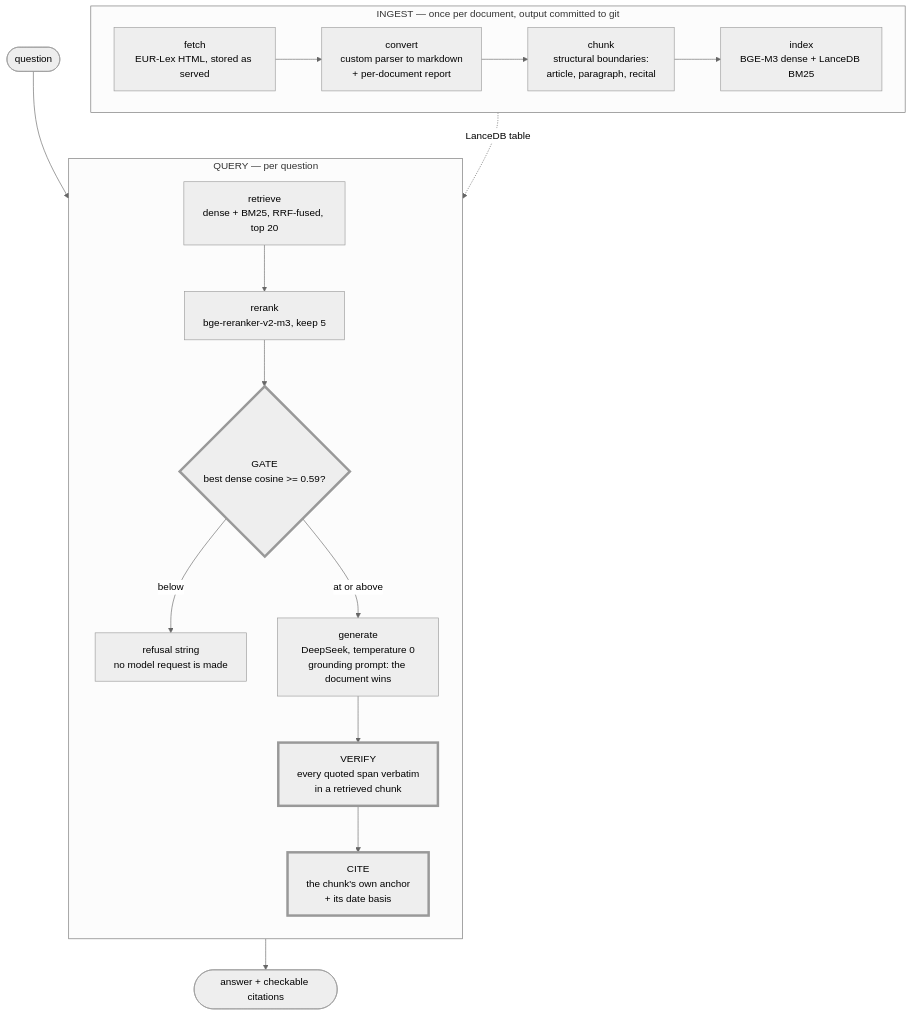
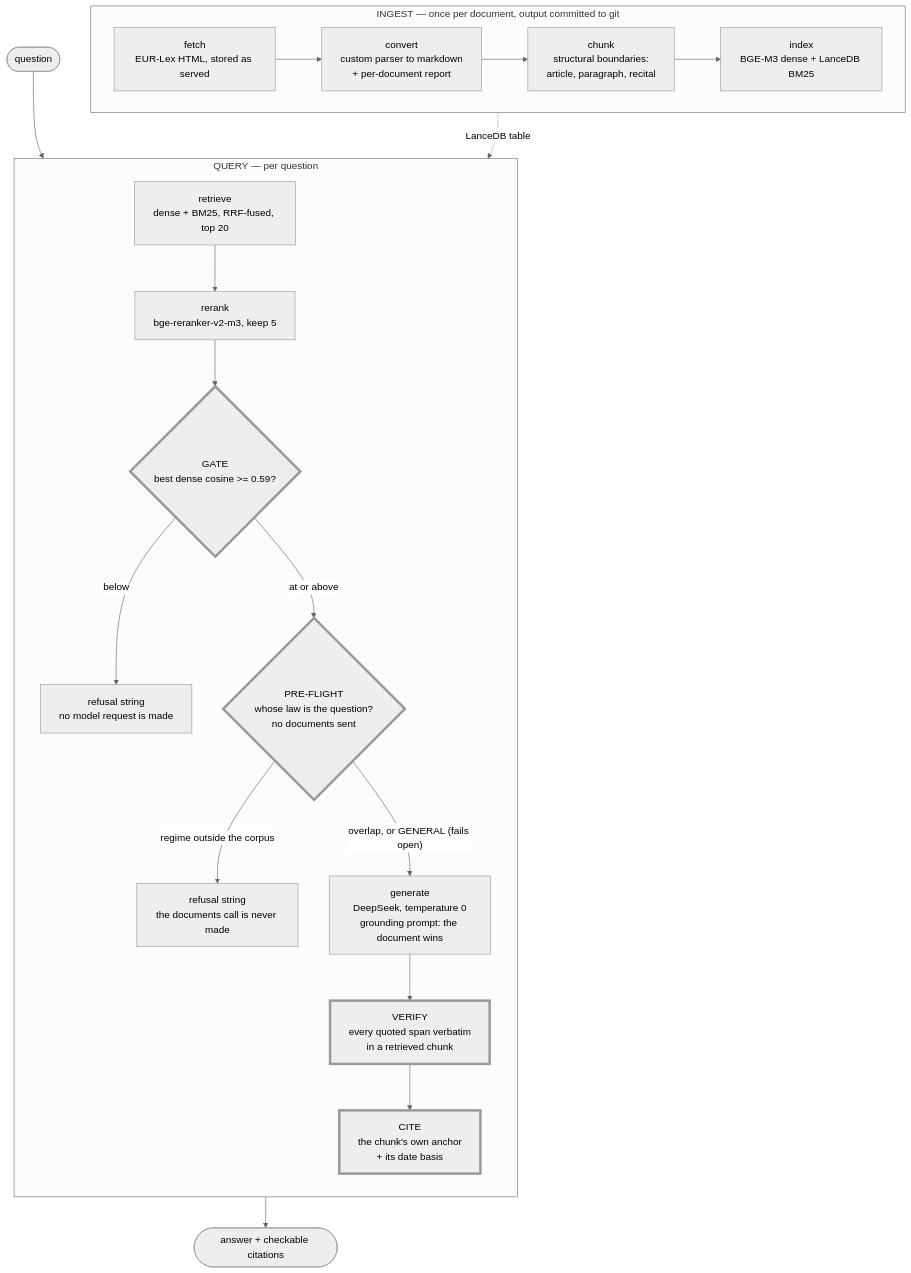
Before and after one commit to amdwave/grc-rag: the diagram in README.md, drawn with Mermaid (neutral theme). The commit also changed other lines of this file and 11 other files, not shown here.

````diff
--- a/README.md
+++ b/README.md
@@ -36,33 +36,37 @@
 ```mermaid
 flowchart TD
     subgraph ingest["INGEST — once per document, output committed to git"]
         direction LR
         F["fetch<br/>EUR-Lex HTML, stored as served"]
         C["convert<br/>custom parser to markdown<br/>+ per-document report"]
         K["chunk<br/>structural boundaries:<br/>article, paragraph, recital"]
         X["index<br/>BGE-M3 dense + LanceDB BM25"]
         F --> C --> K --> X
     end
 
     Q(["question"]) --> R
 
     subgraph query["QUERY — per question"]
         direction TB
         R["retrieve<br/>dense + BM25, RRF-fused, top 20"]
         RR["rerank<br/>bge-reranker-v2-m3, keep 5"]
         G{"GATE<br/>best dense cosine >= 0.59?"}
         REF["refusal string<br/>no model request is made"]
+        PF{"PRE-FLIGHT<br/>whose law is the question?<br/>no documents sent"}
+        REFP["refusal string<br/>the documents call is never made"]
         GEN["generate<br/>DeepSeek, temperature 0<br/>grounding prompt: the document wins"]
         V["VERIFY<br/>every quoted span verbatim<br/>in a retrieved chunk"]
         CI["CITE<br/>the chunk's own anchor<br/>+ its date basis"]
         R --> RR --> G
         G -- "below" --> REF
-        G -- "at or above" --> GEN --> V --> CI
+        G -- "at or above" --> PF
+        PF -- "regime outside the corpus" --> REFP
+        PF -- "overlap, or GENERAL (fails open)" --> GEN --> V --> CI
     end
 
     X -. "LanceDB table" .-> R
     CI --> A(["answer + checkable citations"])
 
     classDef guard stroke-width:4px
-    class G,V,CI guard
+    class G,PF,V,CI guard
 ```
````
